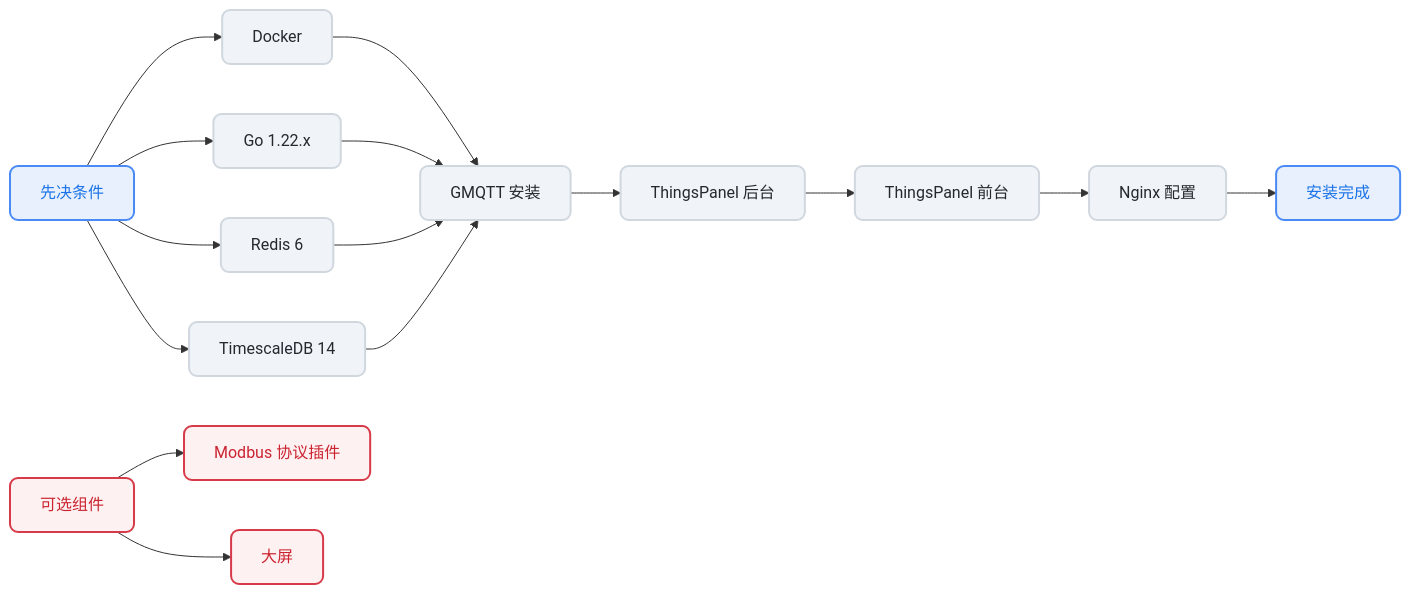
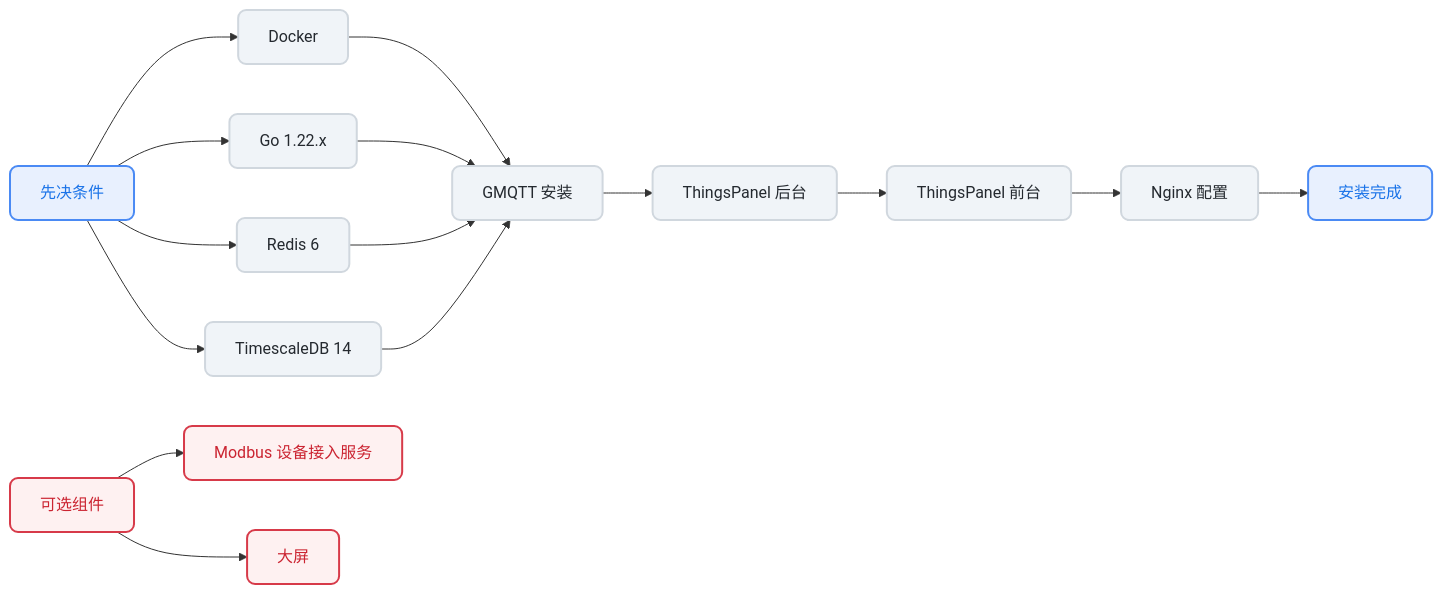
One commit to ThingsPanel/thingspanel.github.io changed the diagram in docs/installation/source-code-installation.md. Above: the diagram before and after it, drawn with Mermaid. The commit also changed other lines of this file and 28 other files, not shown here.

````diff
--- a/docs/installation/source-code-installation.md
+++ b/docs/installation/source-code-installation.md
@@ -7,29 +7,29 @@
 ```mermaid
 flowchart LR
     classDef default fill:#f0f4f8,stroke:#d0d7de,stroke-width:2px,color:#24292f,rx:8,ry:8
     classDef primary fill:#e8f0fe,stroke:#4a8af4,stroke-width:2px,color:#1a73e8,rx:8,ry:8
     classDef optional fill:#fef1f1,stroke:#d73a49,stroke-width:2px,color:#cb2431,rx:8,ry:8
 
     A[先决条件] --> B[Docker]
     A --> C[Go 1.22.x]
     A --> D[Redis 6]
     A --> E[TimescaleDB 14]
     
     B & C & D & E --> F[GMQTT 安装]
     F --> G[ThingsPanel 后台]
     G --> H[ThingsPanel 前台]
     
     H --> I[Nginx 配置]
     I --> J[安装完成]
     
     K[可选组件 ]
-    K --> L[Modbus 协议插件]
+    K --> L[Modbus 设备接入服务]
     K --> N[大屏]
     
     style A fill:#e8f0fe,stroke:#4a8af4,color:#1a73e8
     style J fill:#e8f0fe,stroke:#4a8af4,color:#1a73e8
     style K fill:#fef1f1,stroke:#d73a49,color:#cb2431
     style L fill:#fef1f1,stroke:#d73a49,color:#cb2431
     style N fill:#fef1f1,stroke:#d73a49,color:#cb2431
 
 ```
````
